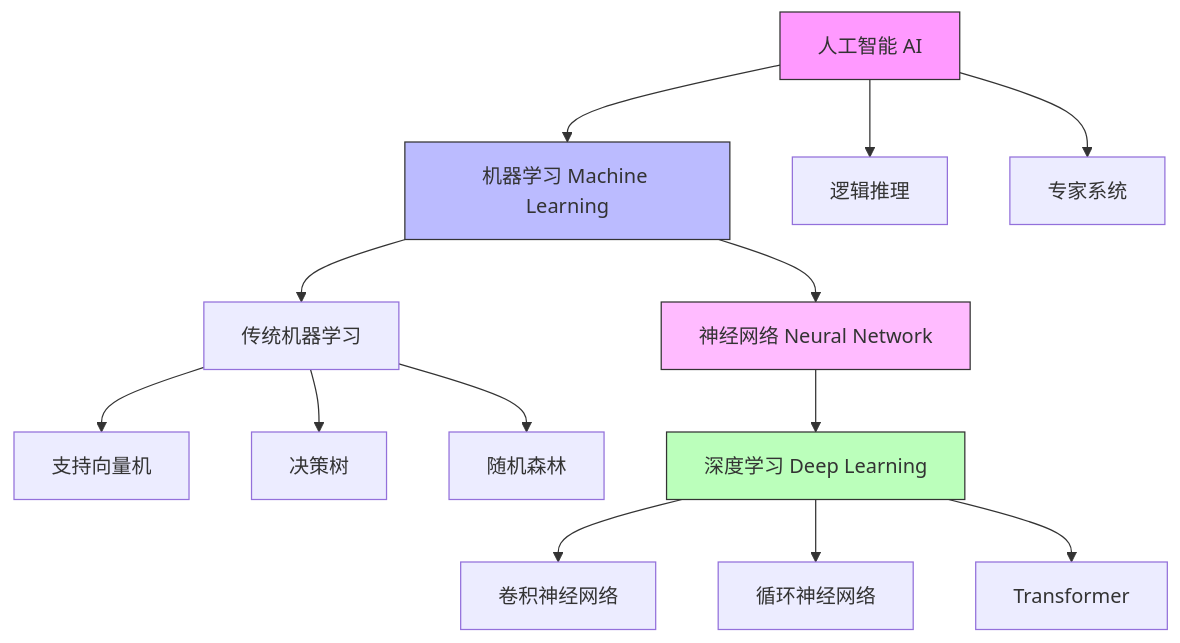
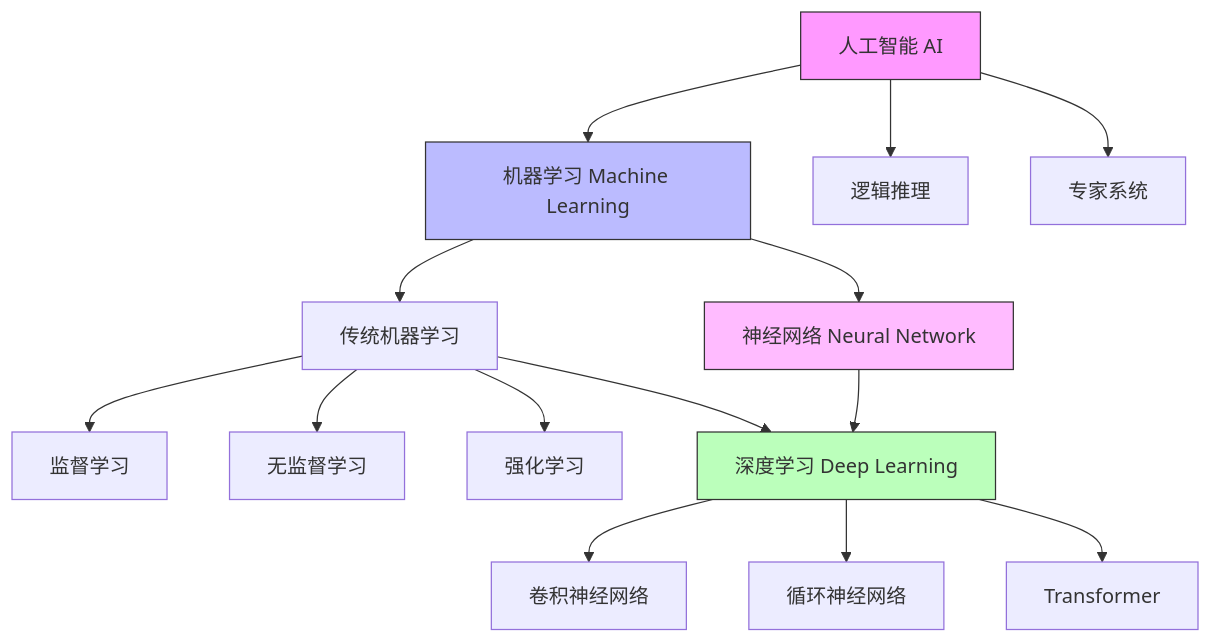
The diagram in docs/overview.md (zhenda-hub/ai-note), drawn with Mermaid before and after one commit. The commit also changed other lines of this file and 5 other files, not shown here.

````diff
--- a/docs/overview.md
+++ b/docs/overview.md
@@ -4,24 +4,25 @@
 ```mermaid
 graph TD
     AI[人工智能 AI] --> ML[机器学习 Machine Learning]
     AI --> LOG[逻辑推理]
     AI --> EXP[专家系统]
     
     ML --> NN[神经网络 Neural Network]
     ML --> TRADITIONAL[传统机器学习]
     
-    TRADITIONAL --> SVM[支持向量机]
-    TRADITIONAL --> DT[决策树]
-    TRADITIONAL --> RF[随机森林]
+    TRADITIONAL --> SL[监督学习]
+    TRADITIONAL --> UL[无监督学习]
+    TRADITIONAL --> RL[强化学习]
+    TRADITIONAL --> DL[深度学习]
     
     NN --> DL[深度学习 Deep Learning]
     
     DL --> CNN[卷积神经网络]
     DL --> RNN[循环神经网络]
     DL --> TRANS[Transformer]
     
     style AI fill:#f9f,stroke:#333
     style ML fill:#bbf,stroke:#333
     style DL fill:#bfb,stroke:#333
     style NN fill:#fbf,stroke:#333
 ```
````
